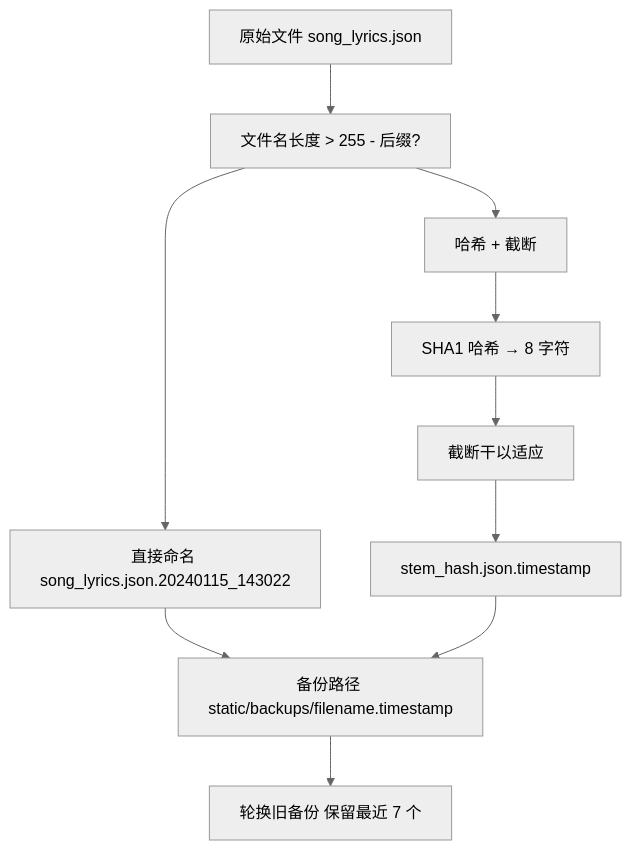
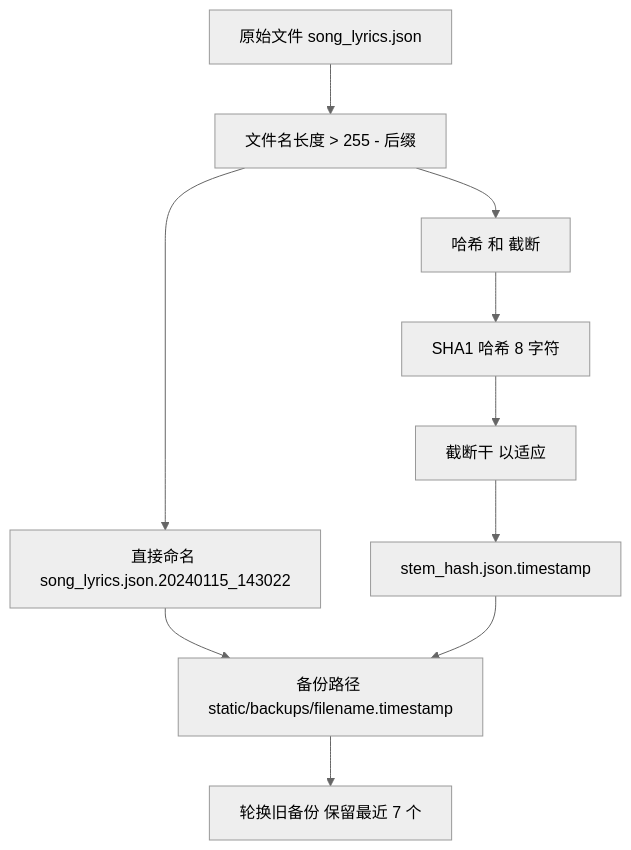
One commit to HKLHaoBin/LyricSphere changed diagram 26 of 44 in README.md. Above: the diagram before and after it, drawn with Mermaid (neutral theme). The commit also changed other lines of this file, not shown here.

First line of the commit message:
docs: 更新流程图中的文本格式和结构

````diff
--- a/README.md
+++ b/README.md
@@ -2662,22 +2659,22 @@
 ```mermaid
 flowchart TD
     OriginalFile["原始文件 song_lyrics.json"]
-    CheckLength["文件名长度 > 255 - 后缀?"]
+    CheckLength["文件名长度 > 255 - 后缀"]
     UseDirect["直接命名 song_lyrics.json.20240115_143022"]
-    HashAndTruncate["哈希 + 截断"]
-    ComputeHash["SHA1 哈希 → 8 字符"]
-    TruncateStem["截断干以适应"]
+    HashAndTruncate["哈希 和 截断"]
+    ComputeHash["SHA1 哈希 8 字符"]
+    TruncateStem["截断干 以适应"]
     BuildName["stem_hash.json.timestamp"]
     BackupPath["备份路径 static/backups/filename.timestamp"]
     RotateOld["轮换旧备份 保留最近 7 个"]
 
     OriginalFile --> CheckLength
     CheckLength --> UseDirect
     CheckLength --> HashAndTruncate
     HashAndTruncate --> ComputeHash
     ComputeHash --> TruncateStem
     TruncateStem --> BuildName
     UseDirect --> BackupPath
     BuildName --> BackupPath
     BackupPath --> RotateOld
 ```
````
